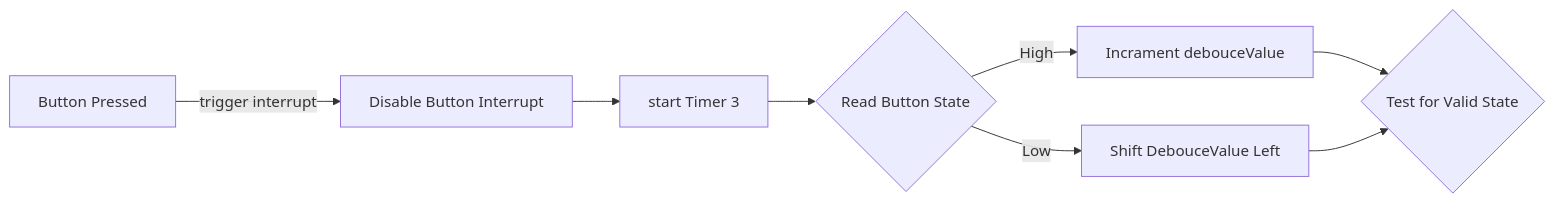
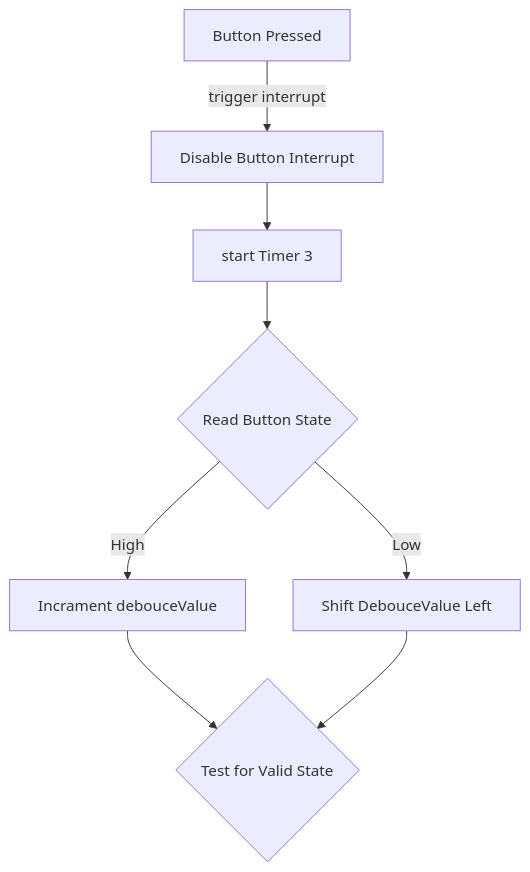
Before and after one commit to graeme-gets/making-embedded-projects: the diagram in week-three/readme.md, drawn with Mermaid.

Commit message:
Mermaid Graph

````diff
--- a/week-three/readme.md
+++ b/week-three/readme.md
@@ -87,11 +87,11 @@
 ```mermaid
-graph LR
+graph 
 
     A[Button Pressed] -->|trigger interrupt| B[Disable Button Interrupt]
     --> C[start Timer 3]
     --> D{Read Button State}
     D--> |High| E[Incrament debouceValue]
     D--> |Low | F[Shift DebouceValue Left]
     E--> G{Test for Valid State}
     F--> G
 ```
````
